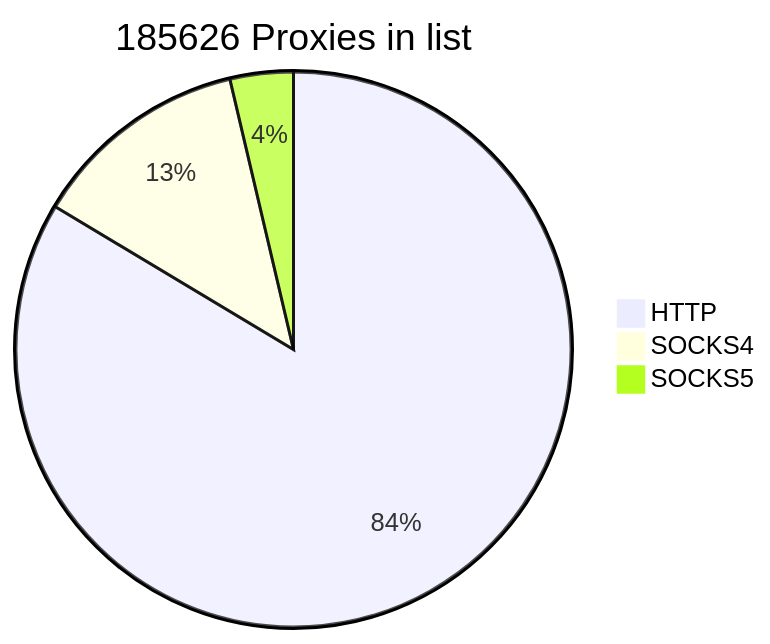
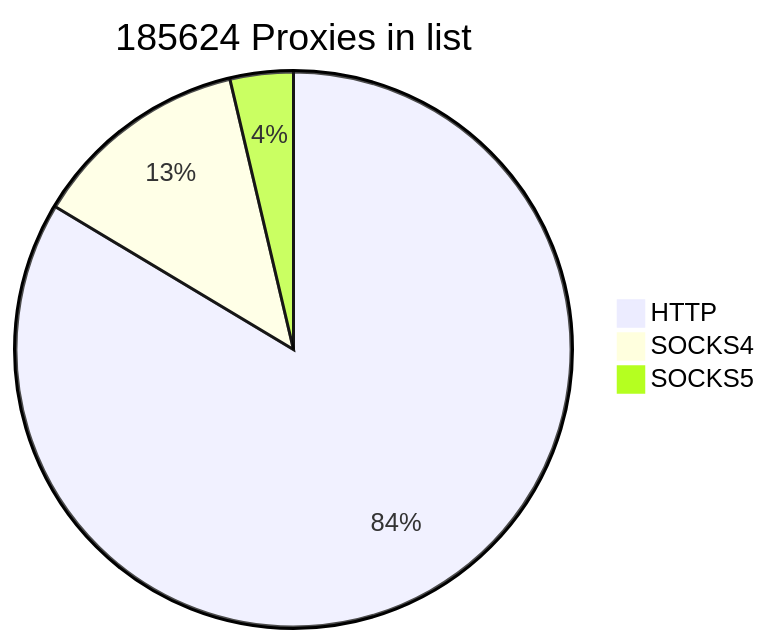
Before and after one commit to cutipu/proxylist: the first of 2 diagrams in README.md, drawn with Mermaid. The commit also changed other lines of this file, not shown here.

````diff
--- a/README.md
+++ b/README.md
@@ -2,7 +2,7 @@
 ```mermaid
-pie title 185626 Proxies in list
-    "HTTP" : 155173
-    "SOCKS4" : 23627
+pie title 185624 Proxies in list
+    "HTTP" : 155174
+    "SOCKS4" : 23624
     "SOCKS5" : 6826
             
 ```
````
